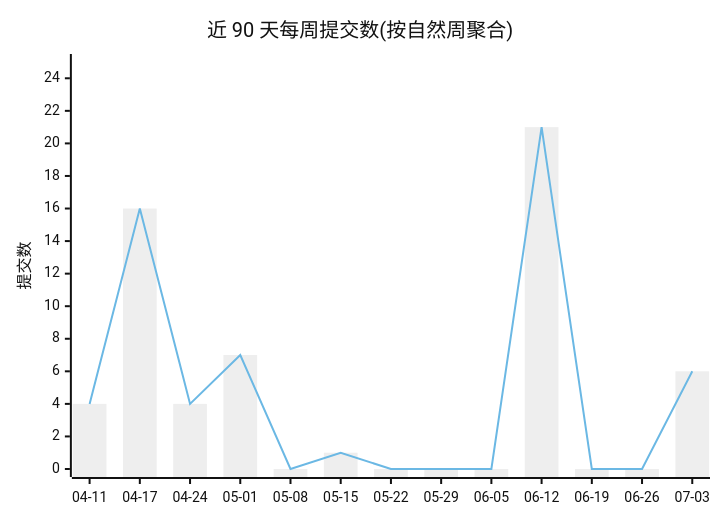
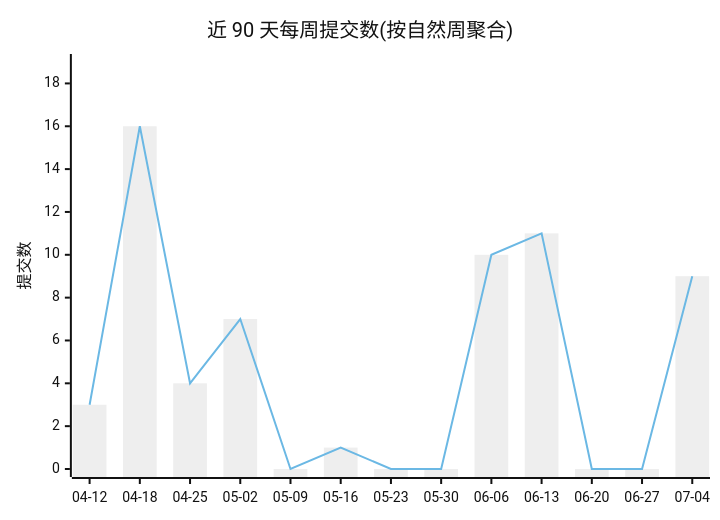
One commit to Conflux-Union/.github changed the first of 2 diagrams in profile/README.md. Above: the diagram before and after it, drawn with Mermaid (neutral theme). The commit also changed other lines of this file and 1 other file, not shown here.

````diff
--- a/profile/README.md
+++ b/profile/README.md
@@ -44,8 +44,8 @@
 ```mermaid
 xychart-beta
     title "近 90 天每周提交数(按自然周聚合)"
-    x-axis ["04-11", "04-17", "04-24", "05-01", "05-08", "05-15", "05-22", "05-29", "06-05", "06-12", "06-19", "06-26", "07-03"]
-    y-axis "提交数" 0 --> 25
-    bar [4, 16, 4, 7, 0, 1, 0, 0, 0, 21, 0, 0, 6]
-    line [4, 16, 4, 7, 0, 1, 0, 0, 0, 21, 0, 0, 6]
+    x-axis ["04-12", "04-18", "04-25", "05-02", "05-09", "05-16", "05-23", "05-30", "06-06", "06-13", "06-20", "06-27", "07-04"]
+    y-axis "提交数" 0 --> 19
+    bar [3, 16, 4, 7, 0, 1, 0, 0, 10, 11, 0, 0, 9]
+    line [3, 16, 4, 7, 0, 1, 0, 0, 10, 11, 0, 0, 9]
 ```
````
